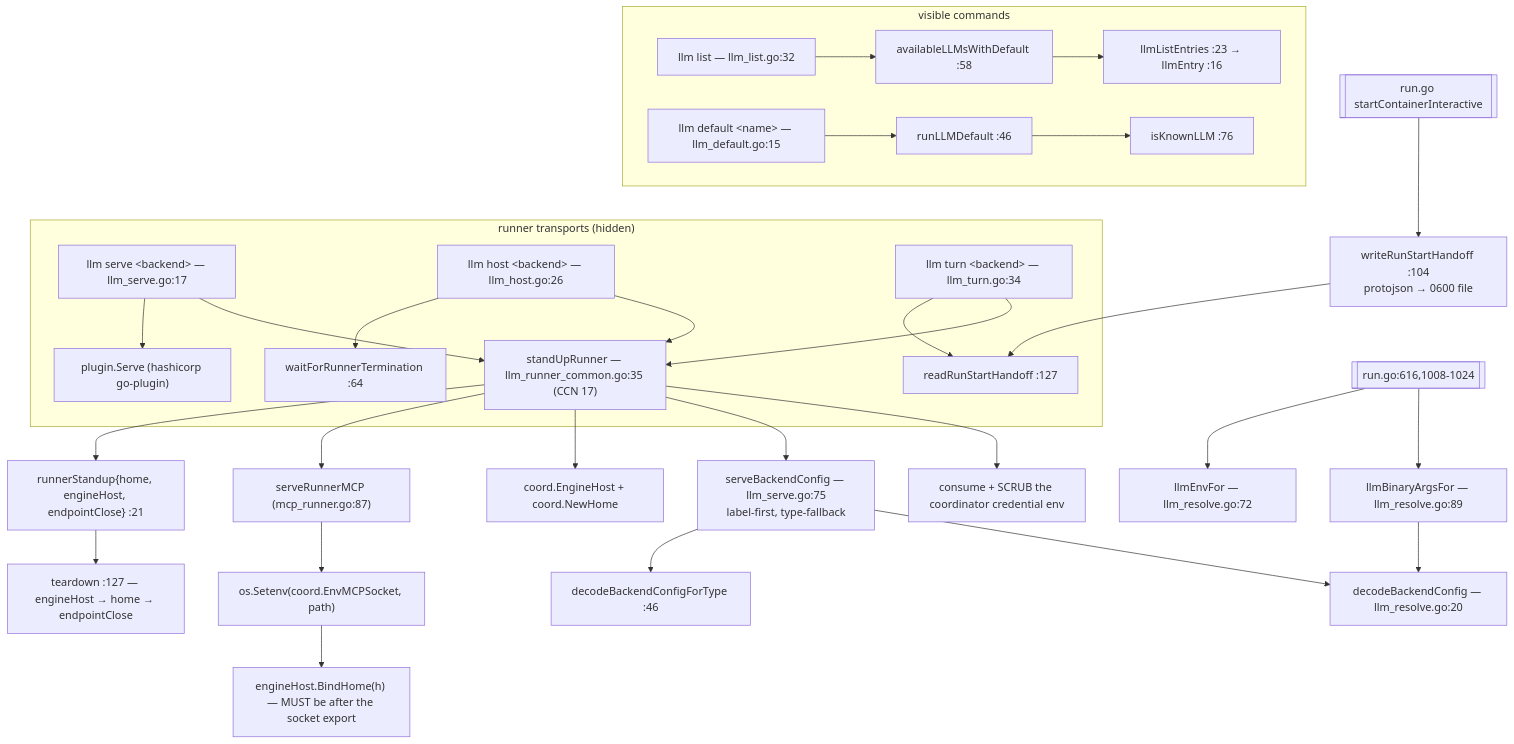
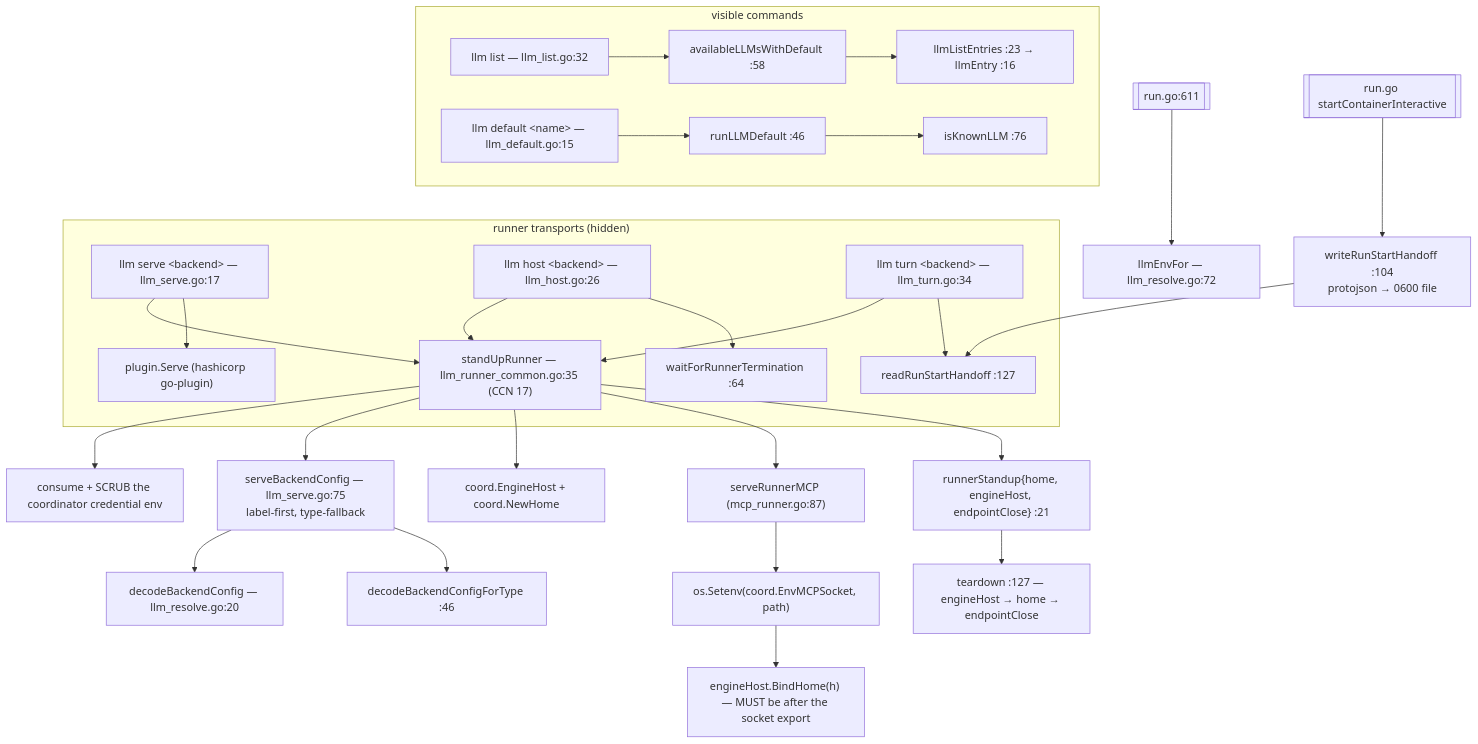
The diagram in docs/architecture/cli/llm-runners.md (ctxloom/ctxloom), drawn with Mermaid before and after one commit. The commit also changed other lines of this file and 10 other files, not shown here.

````diff
--- a/docs/architecture/cli/llm-runners.md
+++ b/docs/architecture/cli/llm-runners.md
@@ -14,33 +14,31 @@
 ```mermaid
 flowchart TD
     subgraph visible["visible commands"]
         LL["llm list — llm_list.go:32"] --> ALWD["availableLLMsWithDefault :58"] --> LLE["llmListEntries :23 → llmEntry :16"]
         LD["llm default &lt;name&gt; — llm_default.go:15"] --> RLD["runLLMDefault :46"] --> IKL["isKnownLLM :76"]
     end
 
     subgraph transports["runner transports (hidden)"]
         SERVE["llm serve &lt;backend&gt; — llm_serve.go:17"] --> SUR
         HOST["llm host &lt;backend&gt; — llm_host.go:26"] --> SUR
         TURN["llm turn &lt;backend&gt; — llm_turn.go:34"] --> SUR
         SUR["standUpRunner — llm_runner_common.go:35 (CCN 17)"]
         SERVE --> PS["plugin.Serve (hashicorp go-plugin)"]
         HOST --> WFT["waitForRunnerTermination :64"]
         TURN --> RRSH["readRunStartHandoff :127"]
     end
 
     RUNGO[["run.go startContainerInteractive"]] --> WRSH["writeRunStartHandoff :104<br/>protojson → 0600 file"] --> RRSH
 
     SUR --> ENV["consume + SCRUB the coordinator credential env"]
     SUR --> SBC["serveBackendConfig — llm_serve.go:75<br/>label-first, type-fallback"] --> DBC["decodeBackendConfig — llm_resolve.go:20"]
     SBC --> DBCFT["decodeBackendConfigForType :46"]
     SUR --> EH["coord.EngineHost + coord.NewHome"]
     SUR --> SRM["serveRunnerMCP (mcp_runner.go:87)"]
     SRM --> EXP["os.Setenv(coord.EnvMCPSocket, path)"]
     EXP --> BH["engineHost.BindHome(h) — MUST be after the socket export"]
     SUR --> RSTD["runnerStandup{home, engineHost, endpointClose} :21"]
     RSTD --> TD["teardown :127 — engineHost → home → endpointClose"]
 
-    RUNGO2[["run.go:616,1008-1024"]] --> LBAF["llmBinaryArgsFor — llm_resolve.go:89"]
-    RUNGO2 --> LEF["llmEnvFor — llm_resolve.go:72"]
-    LBAF --> DBC
+    RUNGO2[["run.go:611"]] --> LEF["llmEnvFor — llm_resolve.go:72"]
 ```
````
